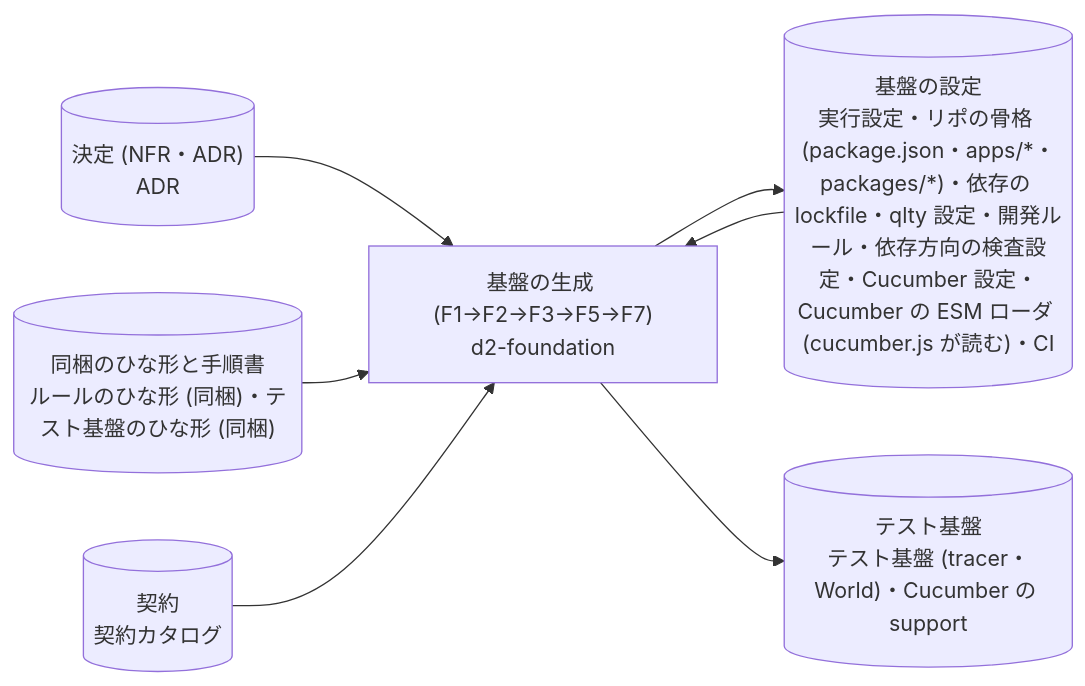
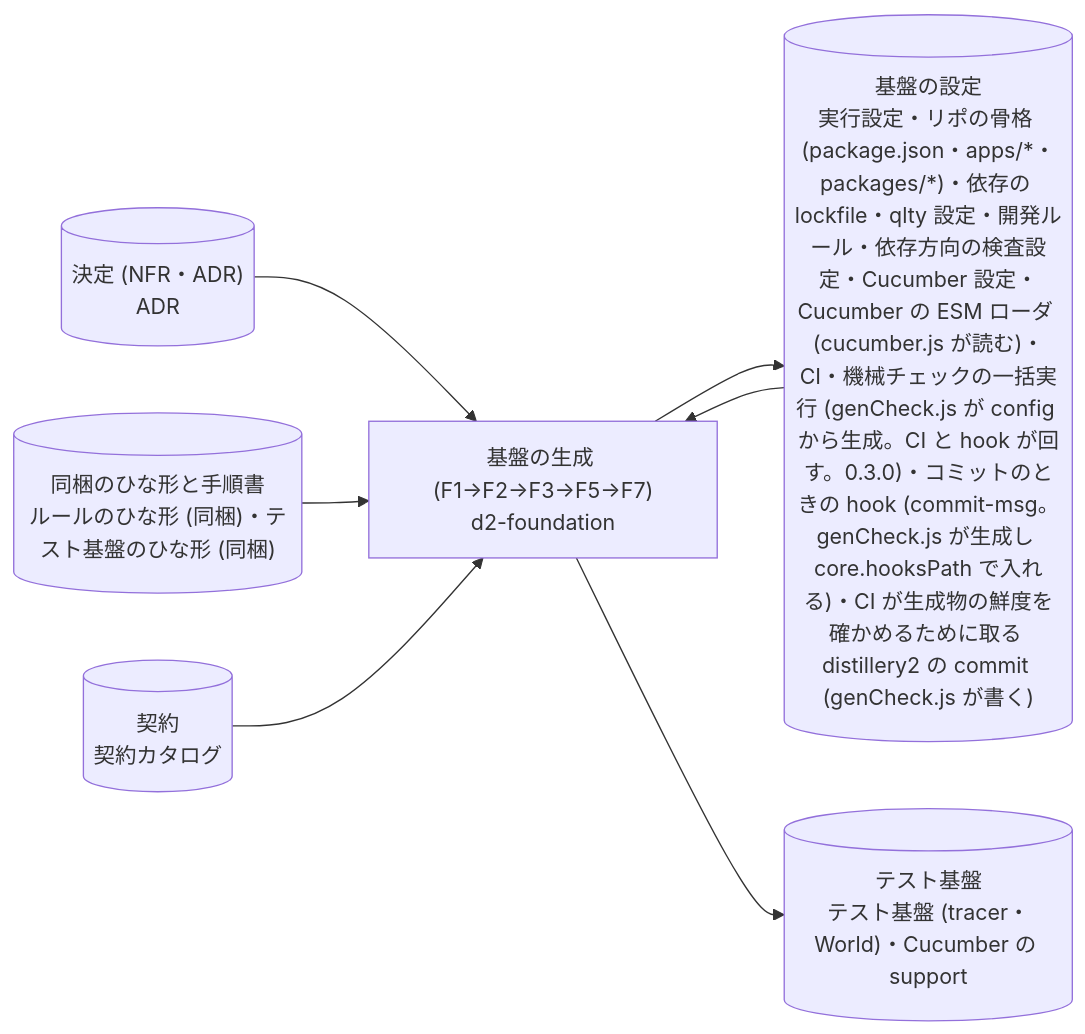
Before and after one commit to suwa-sh/suwa-sh-claude-plugins: diagram 12 of 53 in plugins/distillery2/skills/d2-common/references/dataflow.md, drawn with Mermaid. The commit also changed other lines of this file and 35 other files, not shown here.

````diff
--- a/plugins/distillery2/skills/d2-common/references/dataflow.md
+++ b/plugins/distillery2/skills/d2-common/references/dataflow.md
@@ -346,15 +346,15 @@
 ```mermaid
 flowchart LR
   p_foundation["基盤の生成 (F1→F2→F3→F5→F7)<br/>d2-foundation"]
   g_decisions[("決定 (NFR・ADR)<br/>ADR")]
   g_packaged[("同梱のひな形と手順書<br/>ルールのひな形 (同梱)・テスト基盤のひな形 (同梱)")]
   g_contracts[("契約<br/>契約カタログ")]
-  g_settings[("基盤の設定<br/>実行設定・リポの骨格 (package.json・apps/*・packages/*)・依存の lockfile・qlty 設定・開発ルール・依存方向の検査設定・Cucumber 設定・Cucumber の ESM ローダ (cucumber.js が読む)・CI")]
+  g_settings[("基盤の設定<br/>実行設定・リポの骨格 (package.json・apps/*・packages/*)・依存の lockfile・qlty 設定・開発ルール・依存方向の検査設定・Cucumber 設定・Cucumber の ESM ローダ (cucumber.js が読む)・CI・機械チェックの一括実行 (genCheck.js が config から生成。CI と hook が回す。0.3.0)・コミットのときの hook (commit-msg。genCheck.js が生成し core.hooksPath で入れる)・CI が生成物の鮮度を確かめるために取る distillery2 の commit (genCheck.js が書く)")]
   g_test_infra[("テスト基盤<br/>テスト基盤 (tracer・World)・Cucumber の support")]
   g_decisions --> p_foundation
   g_packaged --> p_foundation
   g_contracts --> p_foundation
   g_settings --> p_foundation
   p_foundation --> g_settings
   p_foundation --> g_test_infra
 ```
````
